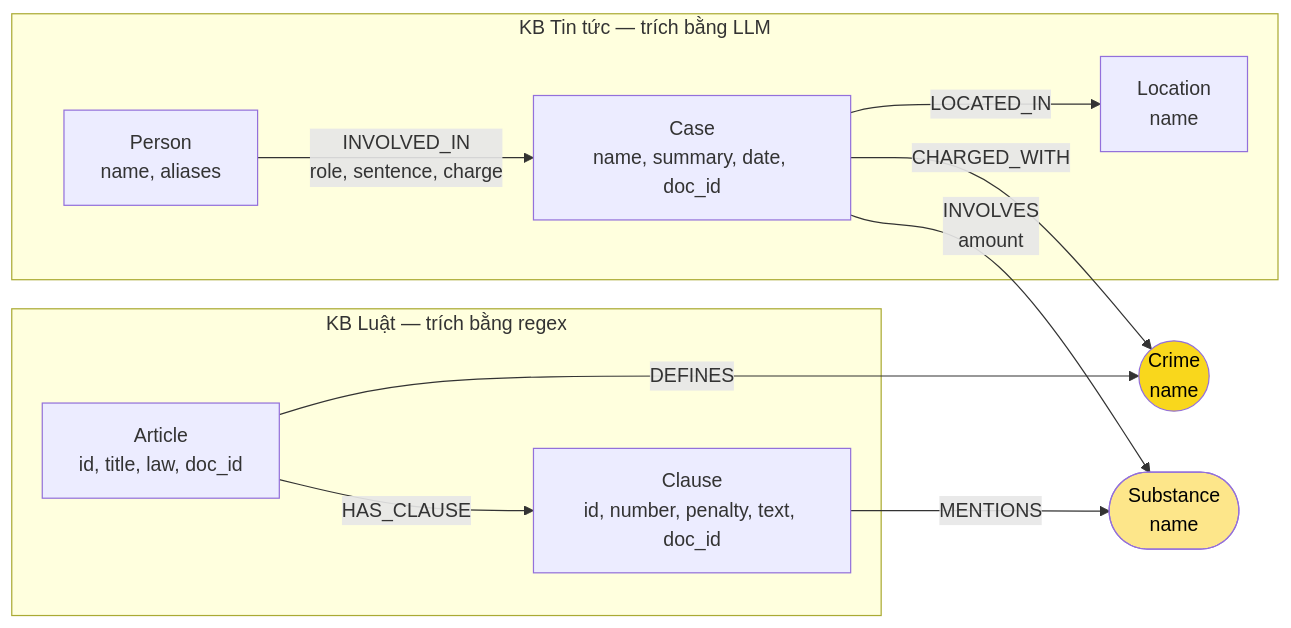
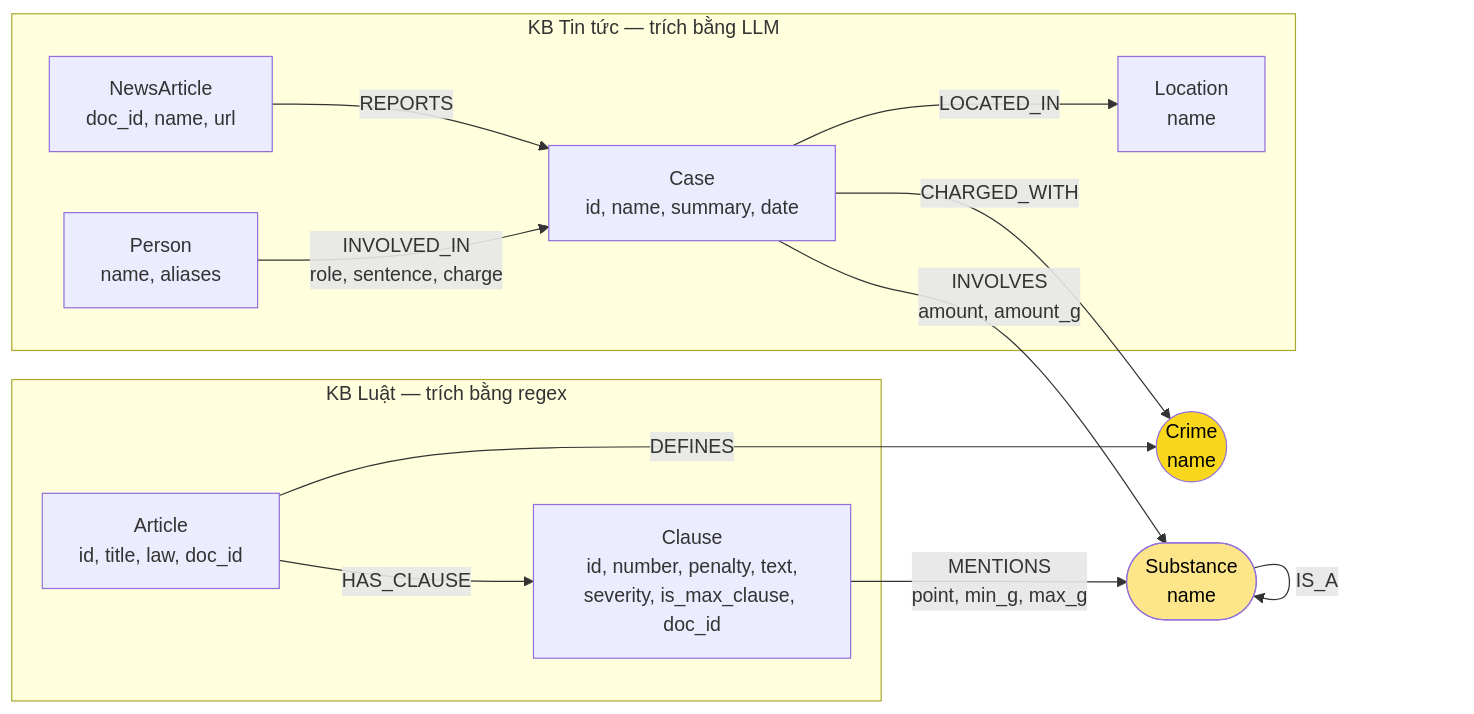
One commit to minhtuann1102/K4-DAY19-NguyenMinhTuan-2A202602420 changed the diagram in report/ONTOLOGY.md. Above: the diagram before and after it, drawn with Mermaid. The commit also changed other lines of this file and 10 other files, not shown here.

Commit message:
feat: add LLM integration and knowledge graph reporting modules

````diff
--- a/report/ONTOLOGY.md
+++ b/report/ONTOLOGY.md
@@ -13,16 +33,18 @@
 ```mermaid
 flowchart LR
     subgraph News["KB Tin tức — trích bằng LLM"]
-      P["Person<br/>name, aliases"] -- "INVOLVED_IN<br/>role, sentence, charge" --> K["Case<br/>name, summary, date, doc_id"]
+      N["NewsArticle<br/>doc_id, name, url"] -- REPORTS --> K["Case<br/>id, name, summary, date"]
+      P["Person<br/>name, aliases"] -- "INVOLVED_IN<br/>role, sentence, charge" --> K
       K -- LOCATED_IN --> L["Location<br/>name"]
     end
     subgraph Law["KB Luật — trích bằng regex"]
-      A["Article<br/>id, title, law, doc_id"] -- HAS_CLAUSE --> CL["Clause<br/>id, number, penalty, text, doc_id"]
+      A["Article<br/>id, title, law, doc_id"] -- HAS_CLAUSE --> CL["Clause<br/>id, number, penalty, text,<br/>severity, is_max_clause, doc_id"]
     end
     K -- CHARGED_WITH --> C(("Crime<br/>name"))
     A -- DEFINES --> C
-    K -- "INVOLVES<br/>amount" --> S(["Substance<br/>name"])
-    CL -- MENTIONS --> S
+    K -- "INVOLVES<br/>amount, amount_g" --> S(["Substance<br/>name"])
+    CL -- "MENTIONS<br/>point, min_g, max_g" --> S
+    S -- IS_A --> S
     style C fill:#f9d71c,color:#000
     style S fill:#fde68a,color:#000
 ```
````
